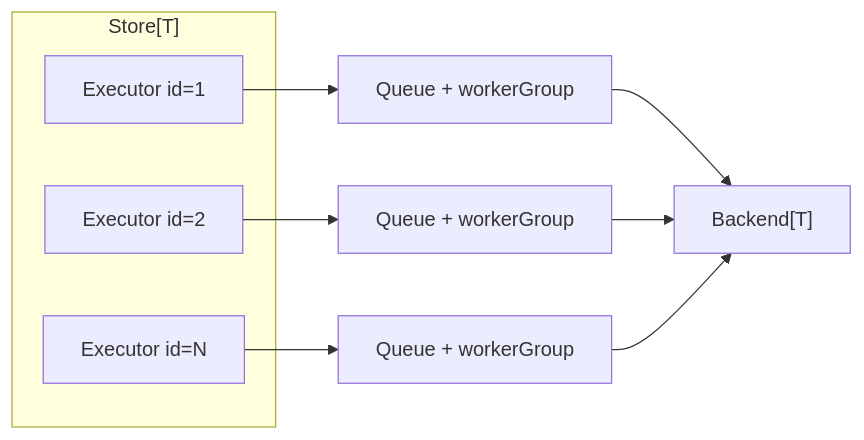
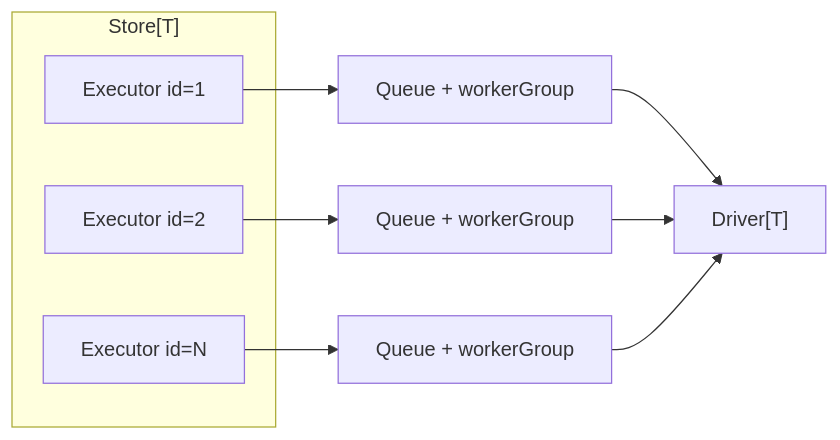
The first of 2 diagrams in docs/queues.md (Neur0toxine/mg-transport-core), drawn with Mermaid before and after one commit. The commit also changed other lines of this file and 36 other files, not shown here.

Commit message:
chore: rename Backend to Driver

````diff
--- a/docs/queues.md
+++ b/docs/queues.md
@@ -19,14 +19,14 @@
 ```mermaid
 flowchart LR
     subgraph Store["Store[T]"]
         E1["Executor id=1"]
         E2["Executor id=2"]
         E3["Executor id=N"]
     end
     E1 --> Q1["Queue + workerGroup"]
     E2 --> Q2["Queue + workerGroup"]
     E3 --> Q3["Queue + workerGroup"]
-    Q1 --> B["Backend[T]"]
+    Q1 --> B["Driver[T]"]
     Q2 --> B
     Q3 --> B
 ```
````
